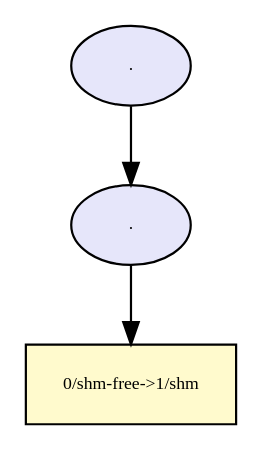
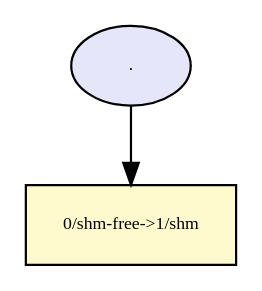
Before and after one commit to TinkerBellSystem/graph-matching: the diagram in dot/provenance_shm_free_security_tree.dot, drawn with Graphviz. The commit also changed 68 other files, not shown here.

```diff
--- a/dot/provenance_shm_free_security_tree.dot
+++ b/dot/provenance_shm_free_security_tree.dot
@@ -1,11 +1,7 @@
 digraph RGL__DirectedAdjacencyGraph {2[fontsize = 8,label = ".",shape = ellipse, fillcolor="#e6e6fa", style = filled]
 
-2 -> 1[fontsize = 8, color="#000000"]
-
-1[fontsize = 8,label = ".",shape = ellipse, fillcolor="#e6e6fa", style = filled]
-
-1 -> 0[fontsize = 8, color="#000000"]
+2 -> 0[fontsize = 8, color="#000000"]
 
 0[fontsize = 8,label = "0/shm-free->1/shm",shape = rectangle, fillcolor="#fffacd", style = filled]
 
 }
```
